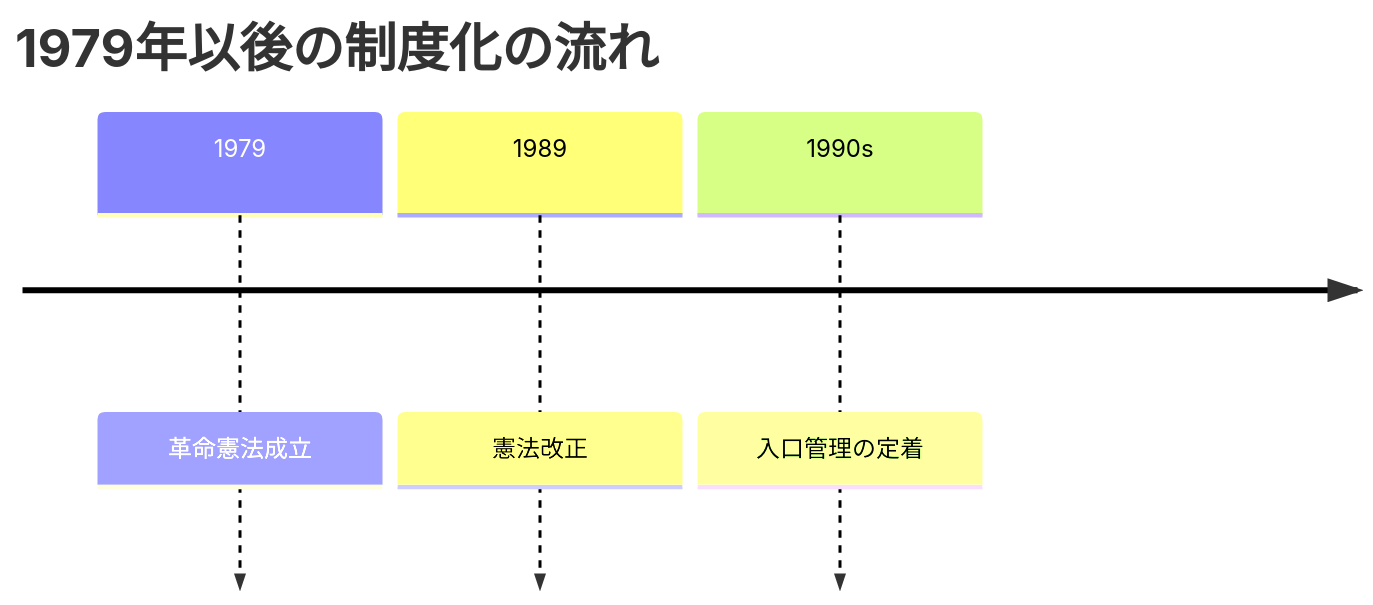
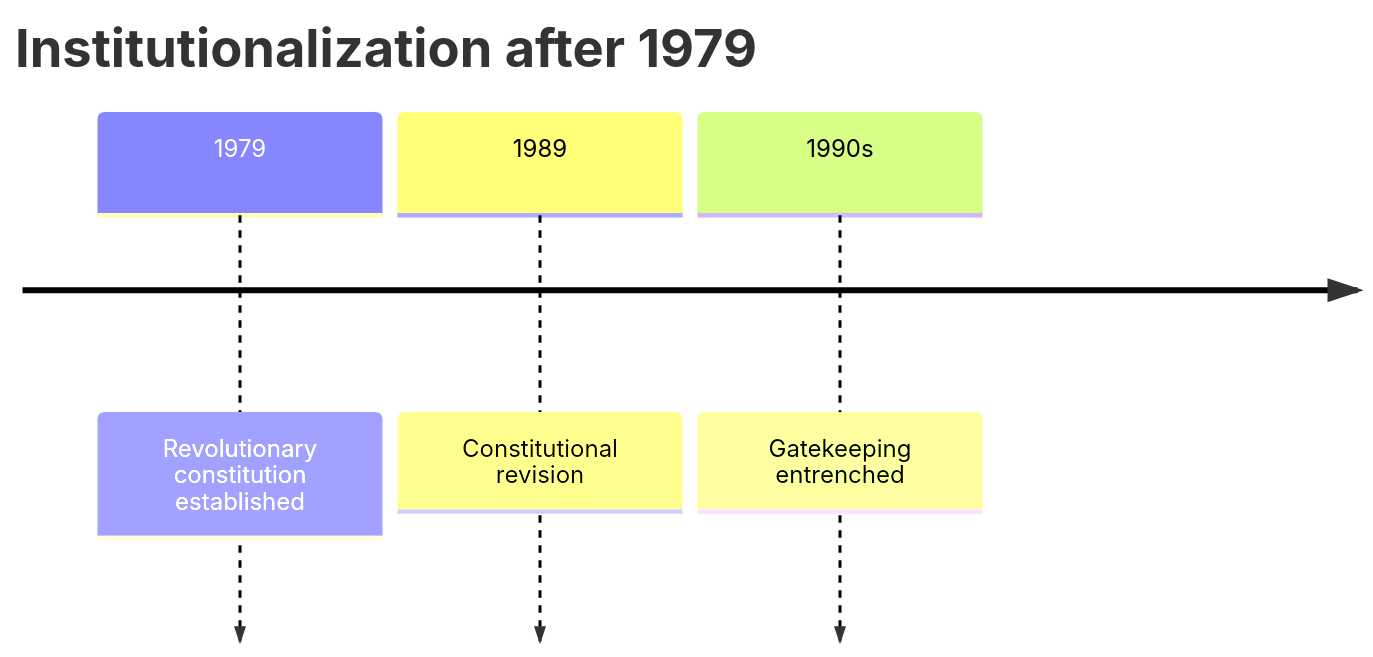
The first of 2 diagrams in content/blog/en/post-revolution-iran-power-structure.mdx (daylight55/research), drawn with Mermaid before and after one commit. The commit also changed other lines of this file and 26 other files, not shown here.

Commit message:
Translate English Mermaid labels

````diff
--- a/content/blog/en/post-revolution-iran-power-structure.mdx
+++ b/content/blog/en/post-revolution-iran-power-structure.mdx
@@ -27,7 +27,7 @@
 ```mermaid
 timeline
-    title 1979年以後の制度化の流れ
-    1979 : 革命憲法成立
-    1989 : 憲法改正
-    1990s : 入口管理の定着
+    title Institutionalization after 1979
+    1979 : Revolutionary constitution established
+    1989 : Constitutional revision
+    1990s : Gatekeeping entrenched
 ```
````
